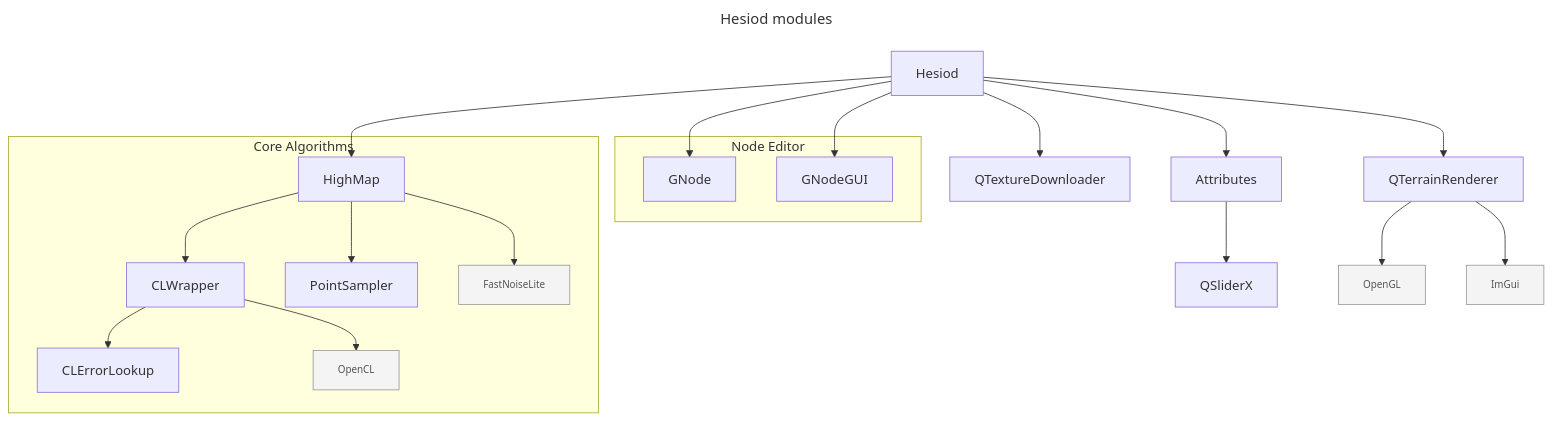
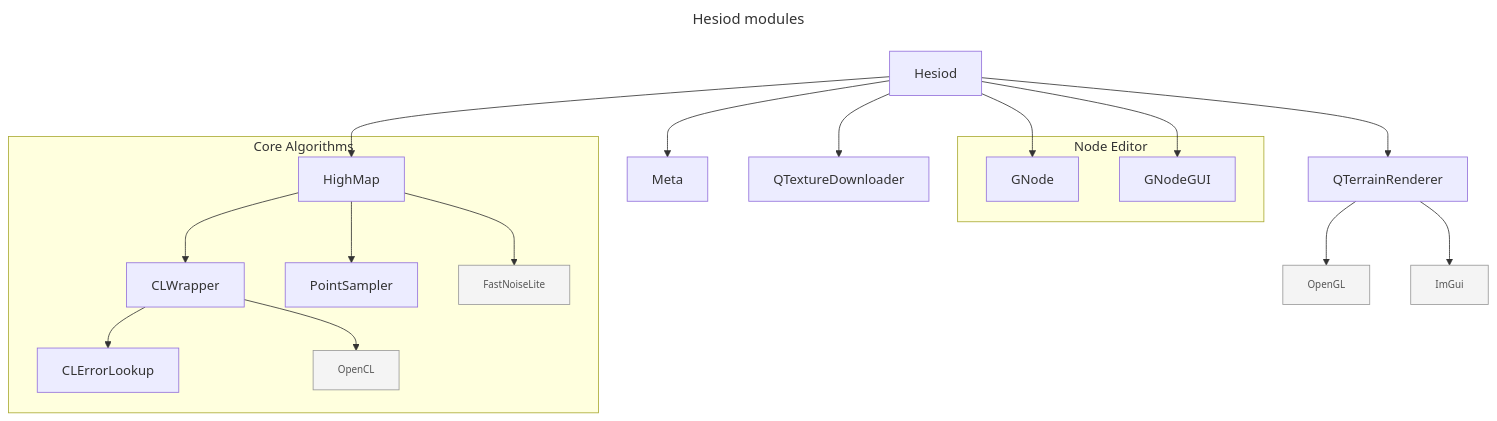
One commit to ottolink-dev/Hesiod changed the diagram in README.md. Above: the diagram before and after it, drawn with Mermaid. The commit also changed other lines of this file, not shown here.

Commit message:
Fix spelling and update dependencies diagram
Corrected spelling of 'module' in the dependencies section and updated the dependencies diagram to include 'Meta'.

````diff
--- a/README.md
+++ b/README.md
@@ -81,30 +81,29 @@
 ```mermaid
 ---
 config:
   layout: dagre
 title: Hesiod modules
 ---
 flowchart TD
  subgraph subGraph0["Node Editor"]
         GNode["GNode"]
         GNodeGUI["GNodeGUI"]
   end
  subgraph subGraph1["Core Algorithms"]
         CLWrapper["CLWrapper"]
         HighMap["HighMap"]
         PointSampler["PointSampler"]
         CLErrorLookup["CLErrorLookup"]
         OpenCL["OpenCL"]
         FastNoiseLite["FastNoiseLite"]
   end
-    Hesiod["Hesiod"] --> HighMap & GNode & GNodeGUI & Attributes["Attributes"] & QTerrainRenderer["QTerrainRenderer"] & QTextureDownloader["QTextureDownloader"]
+    Hesiod["Hesiod"] --> HighMap & GNode & GNodeGUI & Meta["Meta"] & QTerrainRenderer["QTerrainRenderer"] & QTextureDownloader["QTextureDownloader"]
     HighMap --> CLWrapper & PointSampler & FastNoiseLite
     CLWrapper --> CLErrorLookup & OpenCL
-    Attributes --> QSliderX["QSliderX"]
     QTerrainRenderer --> OpenGL["OpenGL"] & ImGui["ImGui"]
      OpenCL:::non_hesiod
      FastNoiseLite:::non_hesiod
      OpenGL:::non_hesiod
      ImGui:::non_hesiod
     classDef non_hesiod fill:#f4f4f4,stroke:#999,color:#555,font-size:12px
 ```
````
